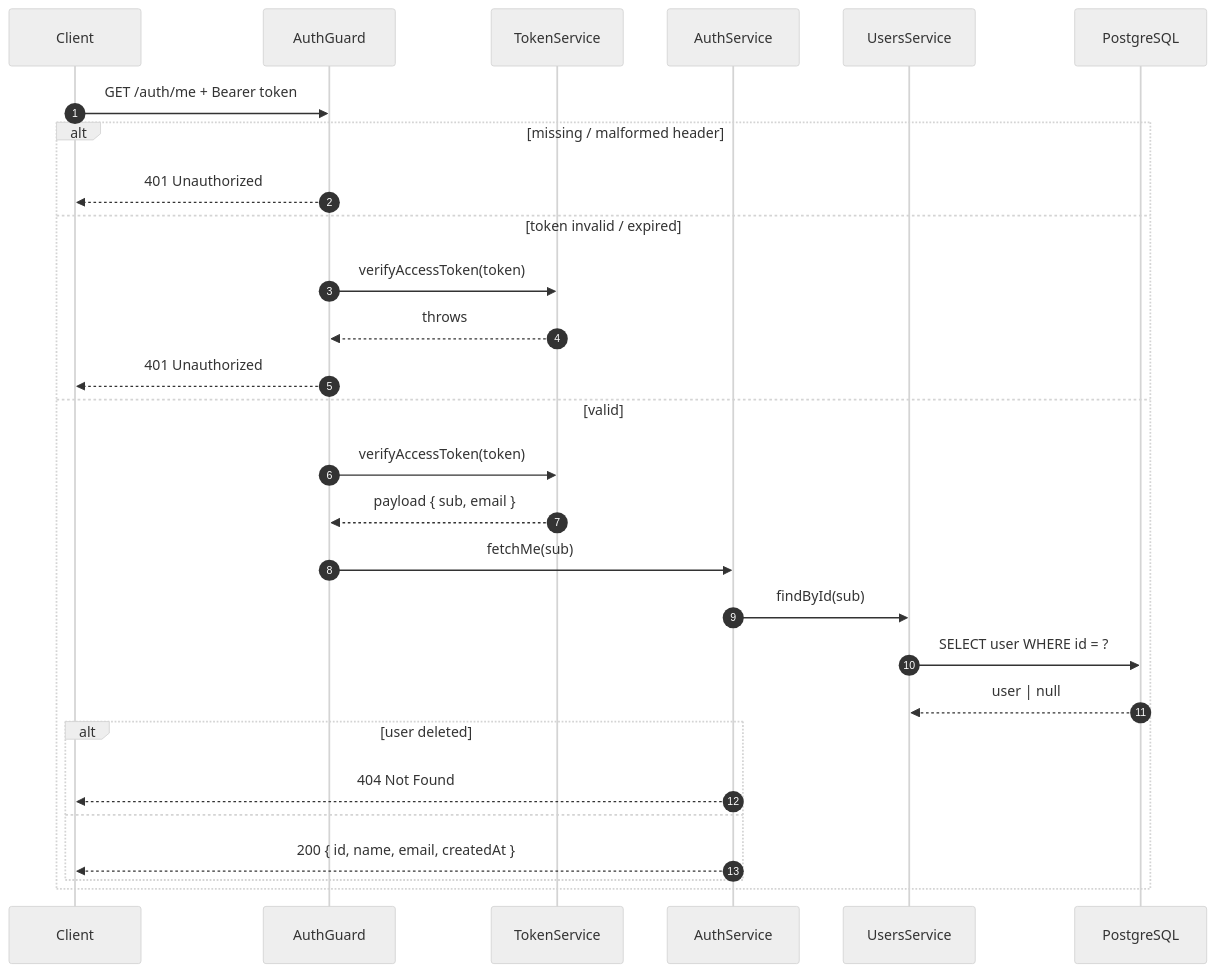
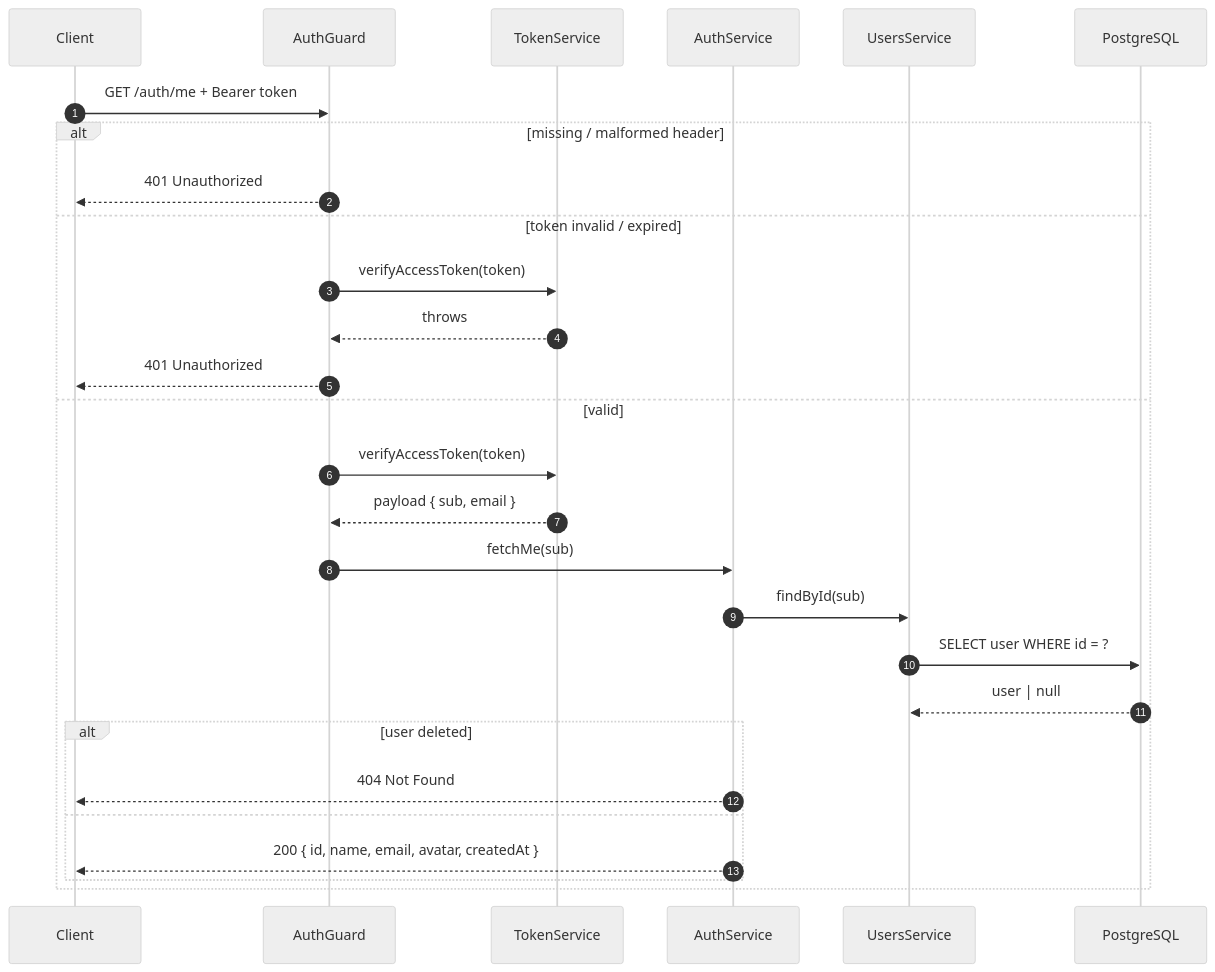
The third of 3 diagrams in api/docs/auth/02-registration-and-login.md (raunak-ray/LinkVault), drawn with Mermaid (neutral theme) before and after one commit. The commit also changed other lines of this file and 20 other files, not shown here.

````diff
--- a/api/docs/auth/02-registration-and-login.md
+++ b/api/docs/auth/02-registration-and-login.md
@@ -91,31 +93,31 @@
 ```mermaid
 sequenceDiagram
     autonumber
     participant C as Client
     participant G as AuthGuard
     participant T as TokenService
     participant A as AuthService
     participant U as UsersService
     participant DB as PostgreSQL
 
     C->>G: GET /auth/me + Bearer token
     alt missing / malformed header
         G-->>C: 401 Unauthorized
     else token invalid / expired
         G->>T: verifyAccessToken(token)
         T-->>G: throws
         G-->>C: 401 Unauthorized
     else valid
         G->>T: verifyAccessToken(token)
         T-->>G: payload { sub, email }
         G->>A: fetchMe(sub)
         A->>U: findById(sub)
         U->>DB: SELECT user WHERE id = ?
         DB-->>U: user | null
         alt user deleted
             A-->>C: 404 Not Found
         else
-            A-->>C: 200 { id, name, email, createdAt }
+            A-->>C: 200 { id, name, email, avatar, createdAt }
         end
     end
 ```
````
